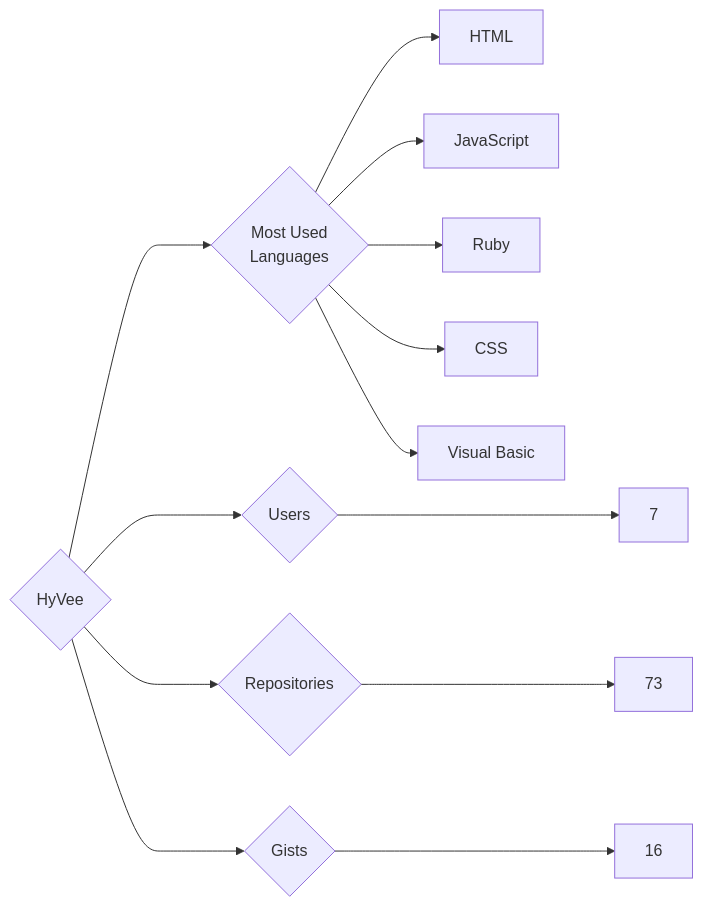
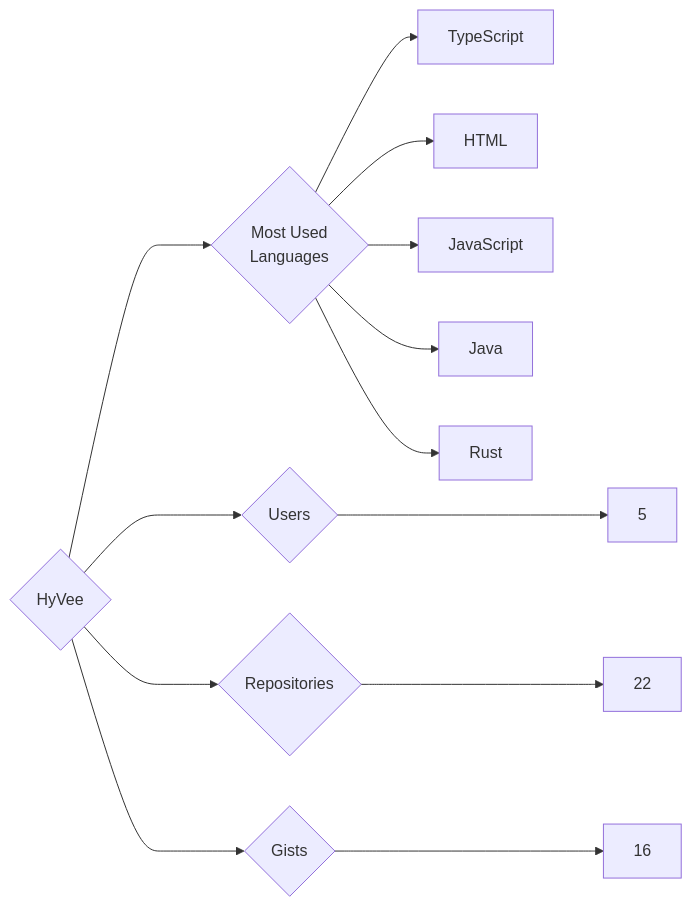
The diagram in targets/HyVee/README.md (trickest/insiders), drawn with Mermaid before and after one commit. The commit also changed 944 other files, not shown here.

````diff
--- a/targets/HyVee/README.md
+++ b/targets/HyVee/README.md
@@ -3,13 +3,13 @@
 ```mermaid
 graph LR
 COMPANY_NAME{HyVee}
-COMPANY_NAME ---> U{Users} ---> UN[7]
-COMPANY_NAME ---> R{Repositories} ---> RN[73]
+COMPANY_NAME ---> U{Users} ---> UN[5]
+COMPANY_NAME ---> R{Repositories} ---> RN[22]
 COMPANY_NAME ---> G{Gists} ---> GN[16]
 COMPANY_NAME ---> ML{Most Used<br>Languages}
+ML --> TypeScript[TypeScript]
 ML --> HTML[HTML]
 ML --> JavaScript[JavaScript]
-ML --> Ruby[Ruby]
-ML --> CSS[CSS]
-ML --> Visual_Basic[Visual Basic]
+ML --> Java[Java]
+ML --> Rust[Rust]
 ```
````
